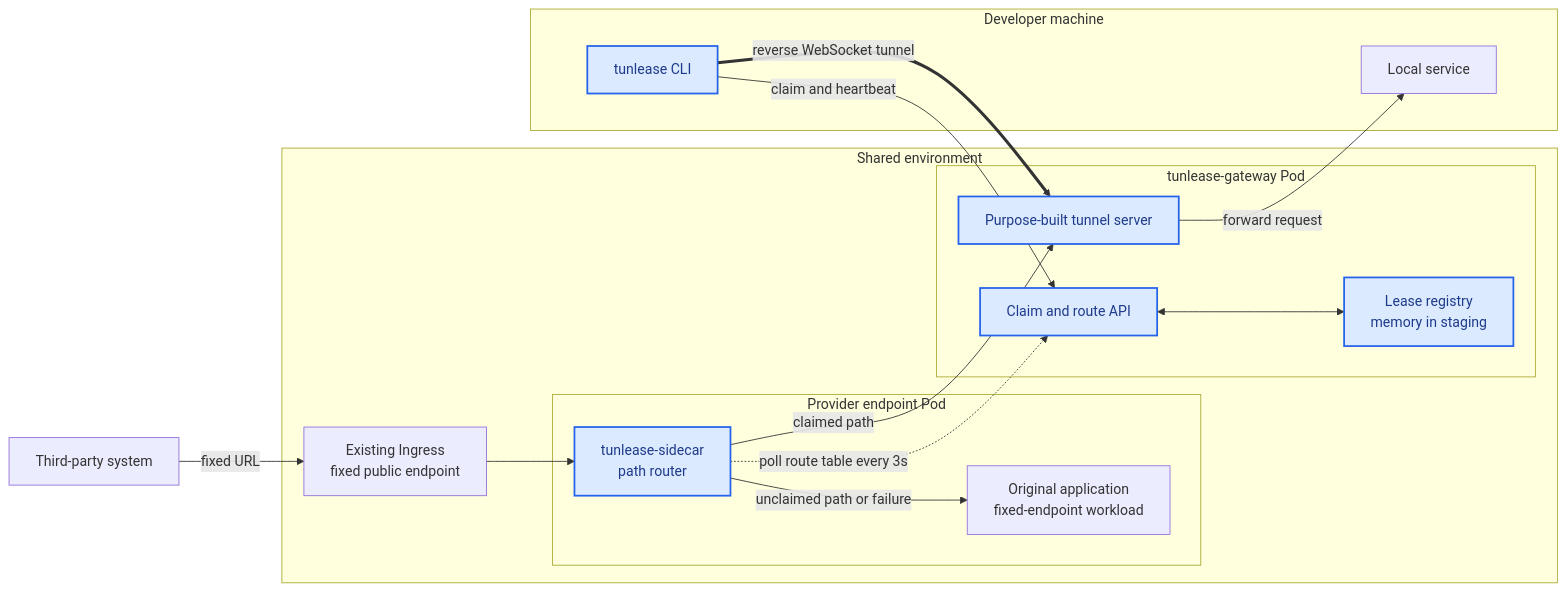
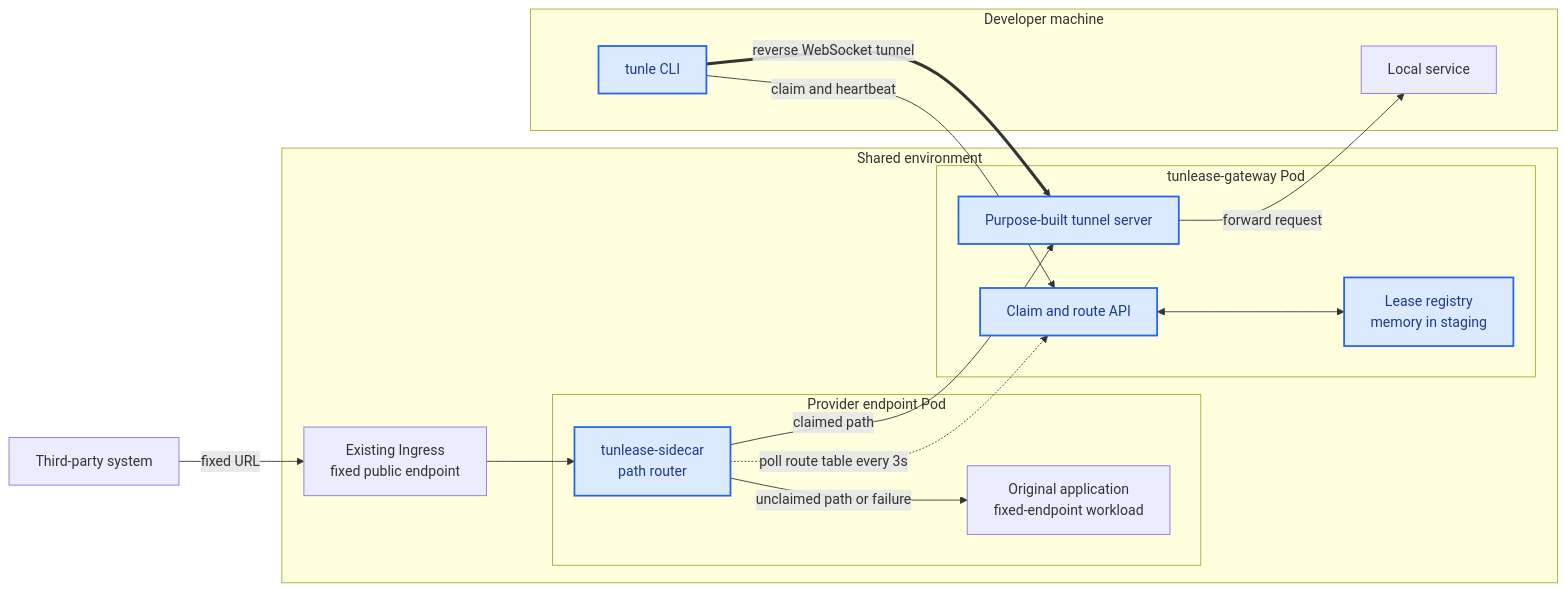
The first of 3 diagrams in docs/architecture.md (iml885203/tunlease), drawn with Mermaid before and after one commit. The commit also changed other lines of this file and 19 other files, not shown here.

First line of the commit message:
feat: shorten CLI command to `tunle`; minimal bore-style demo

````diff
--- a/docs/architecture.md
+++ b/docs/architecture.md
@@ -7,37 +7,37 @@
 ```mermaid
 flowchart LR
     ThirdParty[Third-party system]
 
     subgraph Cluster[Shared environment]
         Ingress[Existing Ingress<br/>fixed public endpoint]
 
         subgraph Workload[Provider endpoint Pod]
             Sidecar[tunlease-sidecar<br/>path router]
             App[Original application<br/>fixed-endpoint workload]
         end
 
         subgraph GatewayPod[tunlease-gateway Pod]
             API[Claim and route API]
             Registry[Lease registry<br/>memory in staging]
             TunnelServer[Purpose-built tunnel server]
         end
     end
 
     subgraph Developer[Developer machine]
-        CLI[tunlease CLI]
+        CLI[tunle CLI]
         LocalApp[Local service]
     end
 
     ThirdParty -->|fixed URL| Ingress
     Ingress --> Sidecar
     Sidecar -->|unclaimed path or failure| App
     Sidecar -->|claimed path| TunnelServer
     CLI -->|claim and heartbeat| API
     API <--> Registry
     Sidecar -.->|poll route table every 3s| API
     CLI ==>|reverse WebSocket tunnel| TunnelServer
     TunnelServer -->|forward request| LocalApp
 
     classDef tunlease fill:#dbeafe,stroke:#2563eb,color:#1e3a8a,stroke-width:2px;
     class CLI,Sidecar,API,Registry,TunnelServer tunlease;
 ```
````
